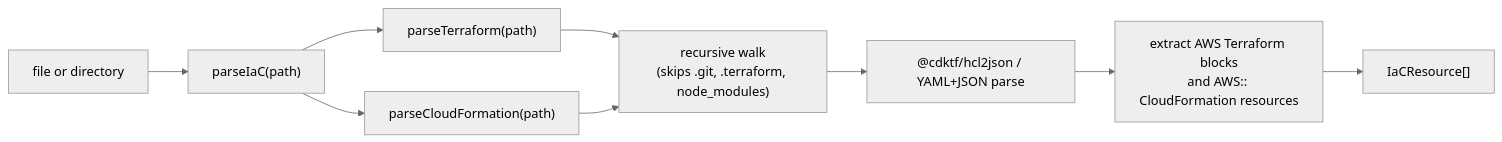
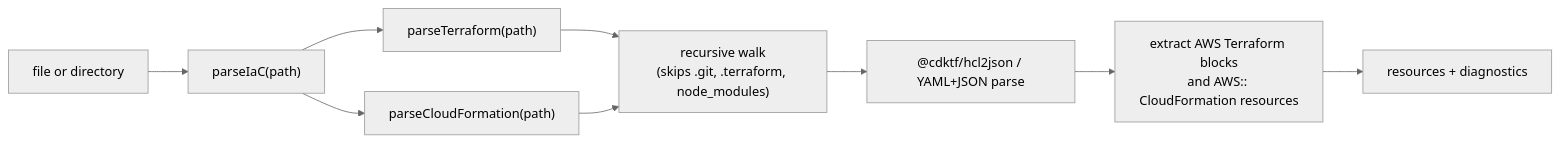
Before and after one commit to towardsthecloud/cloudburn: the third of 3 diagrams in docs/architecture/sdk.md, drawn with Mermaid (neutral theme). The commit also changed other lines of this file and 16 other files, not shown here.

````diff
--- a/docs/architecture/sdk.md
+++ b/docs/architecture/sdk.md
@@ -94,11 +95,11 @@
 ```mermaid
 graph LR
   Path["file or directory"] --> PI["parseIaC(path)"]
   PI --> TF["parseTerraform(path)"]
   PI --> CFN["parseCloudFormation(path)"]
   TF --> Walk["recursive walk\n(skips .git, .terraform, node_modules)"]
   CFN --> Walk
   Walk --> HCL["@cdktf/hcl2json / YAML+JSON parse"]
   HCL --> Extract["extract AWS Terraform blocks\nand AWS:: CloudFormation resources"]
-  Extract --> IaC["IaCResource[]"]
+  Extract --> IaC["resources + diagnostics"]
 ```
````
